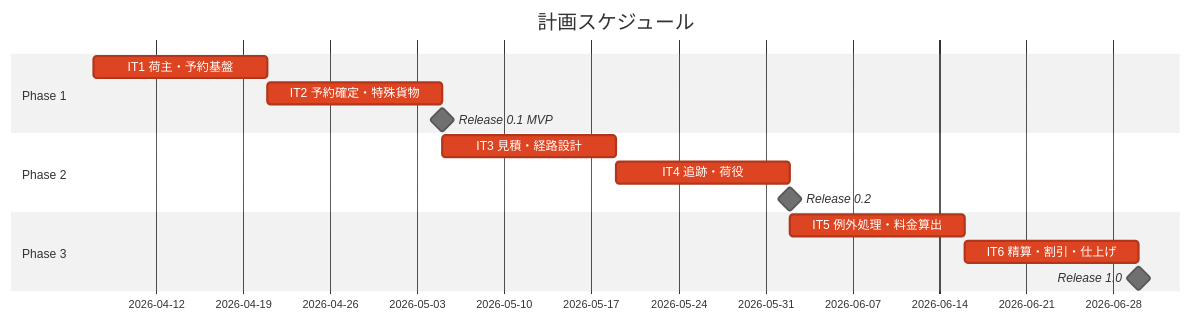
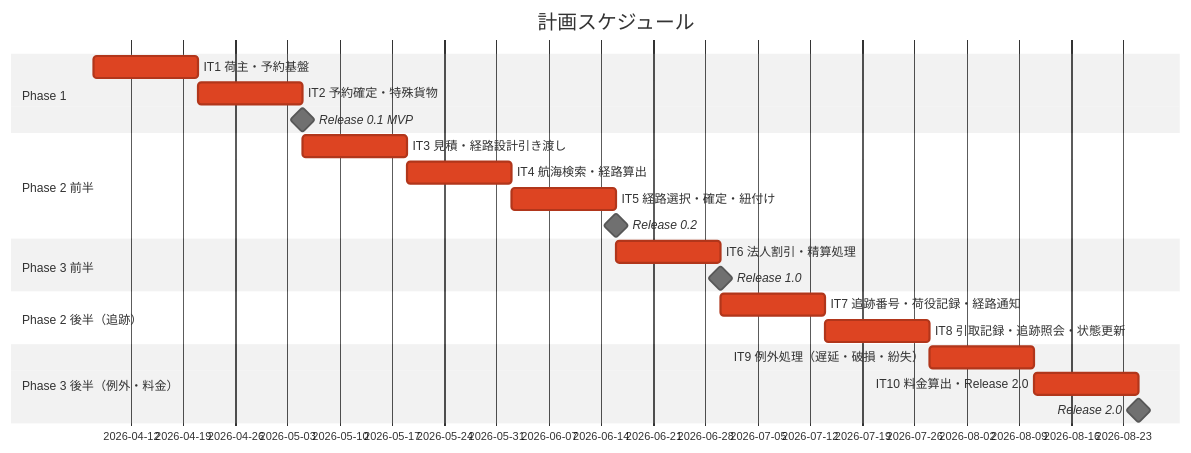
The first of 3 diagrams in docs/development/release_plan.md (k2works/case-study-cargo-tracker), drawn with Mermaid (neutral theme) before and after one commit. The commit also changed other lines of this file and 4 other files, not shown here.

````diff
--- a/docs/development/release_plan.md
+++ b/docs/development/release_plan.md
@@ -132,17 +132,24 @@
 ```mermaid
 gantt
     title 計画スケジュール
     dateFormat  YYYY-MM-DD
     section Phase 1
-    IT1 荷主・予約基盤       :crit, p1-1, 2026-04-07, 14d
-    IT2 予約確定・特殊貨物    :crit, p1-2, after p1-1, 14d
-    Release 0.1 MVP          :milestone, m1, after p1-2, 0d
-    section Phase 2
-    IT3 見積・経路設計        :crit, p2-1, after p1-2, 14d
-    IT4 追跡・荷役            :crit, p2-2, after p2-1, 14d
-    Release 0.2              :milestone, m2, after p2-2, 0d
-    section Phase 3
-    IT5 例外処理・料金算出    :crit, p3-1, after p2-2, 14d
-    IT6 精算・割引・仕上げ    :crit, p3-2, after p3-1, 14d
-    Release 1.0              :milestone, m3, after p3-2, 0d
+    IT1 荷主・予約基盤               :crit, p1-1, 2026-04-07, 14d
+    IT2 予約確定・特殊貨物           :crit, p1-2, after p1-1, 14d
+    Release 0.1 MVP                  :milestone, m1, after p1-2, 0d
+    section Phase 2 前半
+    IT3 見積・経路設計引き渡し       :crit, p2-1, after p1-2, 14d
+    IT4 航海検索・経路算出           :crit, p2-2, after p2-1, 14d
+    IT5 経路選択・確定・紐付け       :crit, p2-3, after p2-2, 14d
+    Release 0.2                      :milestone, m2, after p2-3, 0d
+    section Phase 3 前半
+    IT6 法人割引・精算処理           :crit, p3-1, after p2-3, 14d
+    Release 1.0                      :milestone, m3, after p3-1, 0d
+    section Phase 2 後半（追跡）
+    IT7 追跡番号・荷役記録・経路通知 :crit, p2-4, after p3-1, 14d
+    IT8 引取記録・追跡照会・状態更新 :crit, p2-5, after p2-4, 14d
+    section Phase 3 後半（例外・料金）
+    IT9 例外処理（遅延・破損・紛失） :crit, p3-2, after p2-5, 14d
+    IT10 料金算出・Release 2.0       :crit, p3-3, after p3-2, 14d
+    Release 2.0                      :milestone, m4, after p3-3, 0d
 ```
````
